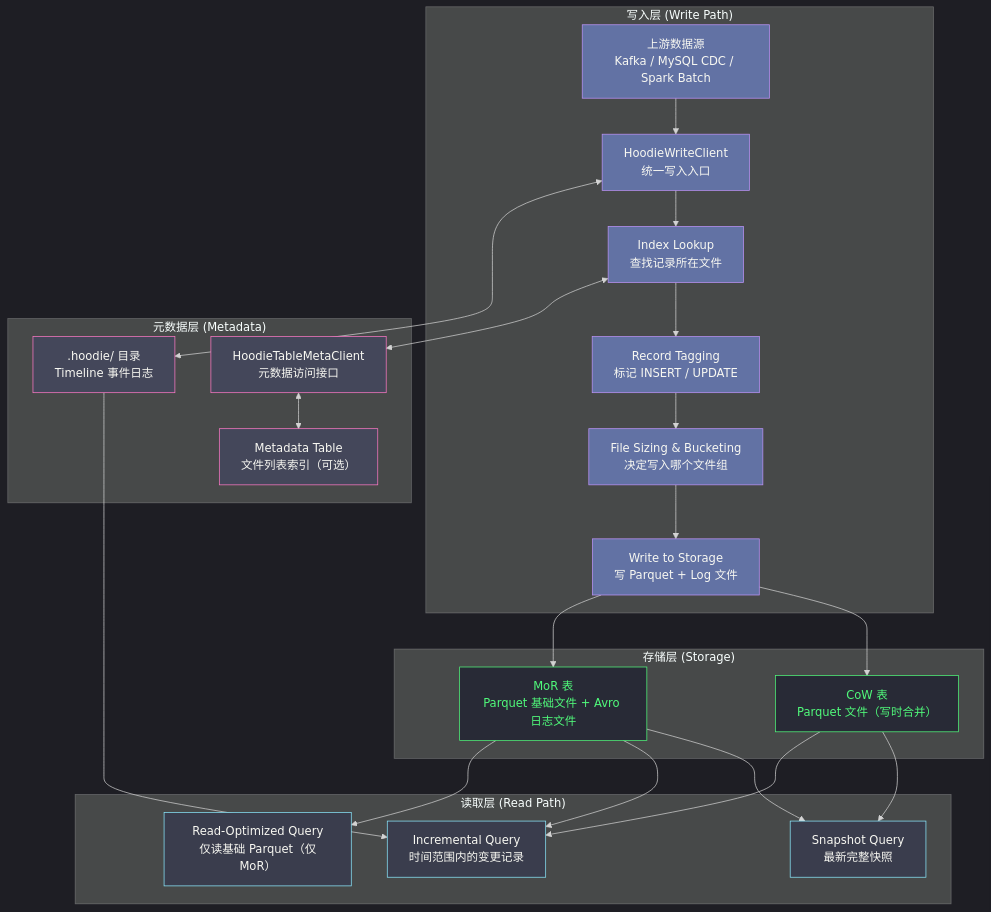
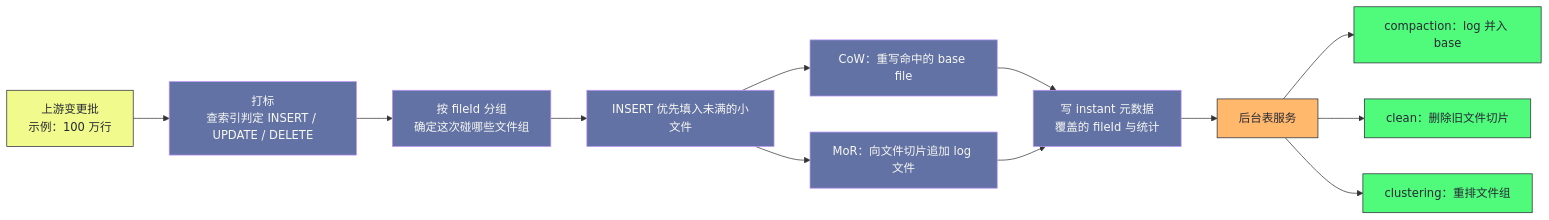
One commit to hpliStartAgain/my-brain changed the fifth of 6 diagrams in content/大数据/数据湖/Hudi/01 为什么需要 Hudi——Uber 的 CDC 增量数仓困境与 Timeline 解法.md. Above: the diagram before and after it, drawn with Mermaid. The commit also changed other lines of this file and 259 other files, not shown here.

````diff
--- a/content/大数据/数据湖/Hudi/01 为什么需要 Hudi——Uber 的 CDC 增量数仓困境与 Timeline 解法.md
+++ b/content/大数据/数据湖/Hudi/01 为什么需要 Hudi——Uber 的 CDC 增量数仓困境与 Timeline 解法.md
@@ -150,51 +363,23 @@
 ```mermaid
-%%{init: {"theme": "dark", "themeVariables": {"primaryColor": "#6272a4", "edgeLabelBackground": "#44475a", "secondaryColor": "#44475a"}}}%%
-graph TD
-    subgraph "写入层 (Write Path)"
-        W1["上游数据源</br>Kafka / MySQL CDC / Spark Batch"]
-        W2["HoodieWriteClient</br>统一写入入口"]
-        W3["Index Lookup</br>查找记录所在文件"]
-        W4["Record Tagging</br>标记 INSERT / UPDATE"]
-        W5["File Sizing & Bucketing</br>决定写入哪个文件组"]
-        W6["Write to Storage</br>写 Parquet + Log 文件"]
-    end
-
-    subgraph "元数据层 (Metadata)"
-        M1[".hoodie/ 目录</br>Timeline 事件日志"]
-        M2["HoodieTableMetaClient</br>元数据访问接口"]
-        M3["Metadata Table</br>文件列表索引（可选）"]
-    end
-
-    subgraph "存储层 (Storage)"
-        S1["CoW 表</br>Parquet 文件（写时合并）"]
-        S2["MoR 表</br>Parquet 基础文件 + Avro 日志文件"]
-    end
-
-    subgraph "读取层 (Read Path)"
-        R1["Snapshot Query</br>最新完整快照"]
-        R2["Incremental Query</br>时间范围内的变更记录"]
-        R3["Read-Optimized Query</br>仅读基础 Parquet（仅MoR）"]
-    end
-
-    W1 --> W2 --> W3 --> W4 --> W5 --> W6
-    W6 --> S1
-    W6 --> S2
-    W2 <--> M1
-    W3 <--> M2
-    M2 <--> M3
-    S1 --> R1
-    S2 --> R1
-    S2 --> R2
-    S1 --> R2
-    S2 --> R3
-    M1 --> R2
-
-    classDef write fill:#6272a4,stroke:#bd93f9,color:#f8f8f2
-    classDef meta fill:#44475a,stroke:#ff79c6,color:#f8f8f2
-    classDef store fill:#282a36,stroke:#50fa7b,color:#50fa7b
-    classDef read fill:#3a3d4d,stroke:#8be9fd,color:#f8f8f2
-    class W1,W2,W3,W4,W5,W6 write
-    class M1,M2,M3 meta
-    class S1,S2 store
-    class R1,R2,R3 read
+%%{init: {'theme': 'dracula'}}%%
+flowchart LR
+    IN["上游变更批<br/>示例：100 万行"] --> TAG["打标<br/>查索引判定 INSERT / UPDATE / DELETE"]
+    TAG --> GRP["按 fileId 分组<br/>确定这次碰哪些文件组"]
+    GRP --> SMALL["INSERT 优先填入未满的小文件"]
+    SMALL --> COW["CoW：重写命中的 base file"]
+    SMALL --> MOR["MoR：向文件切片追加 log 文件"]
+    COW --> CM["写 instant 元数据<br/>覆盖的 fileId 与统计"]
+    MOR --> CM
+    CM --> BG["后台表服务"]
+    BG --> BG1["compaction：log 并入 base"]
+    BG --> BG2["clean：删除旧文件切片"]
+    BG --> BG3["clustering：重排文件组"]
+    classDef in fill:#f1fa8c,stroke:#282a36,color:#282a36
+    classDef step fill:#6272a4,stroke:#bd93f9,color:#f8f8f2
+    classDef store fill:#50fa7b,stroke:#282a36,color:#282a36
+    classDef bg fill:#ffb86c,stroke:#282a36,color:#282a36
+    class IN in
+    class TAG,GRP,SMALL,COW,MOR,CM step
+    class BG bg
+    class BG1,BG2,BG3 store
 ```
````
